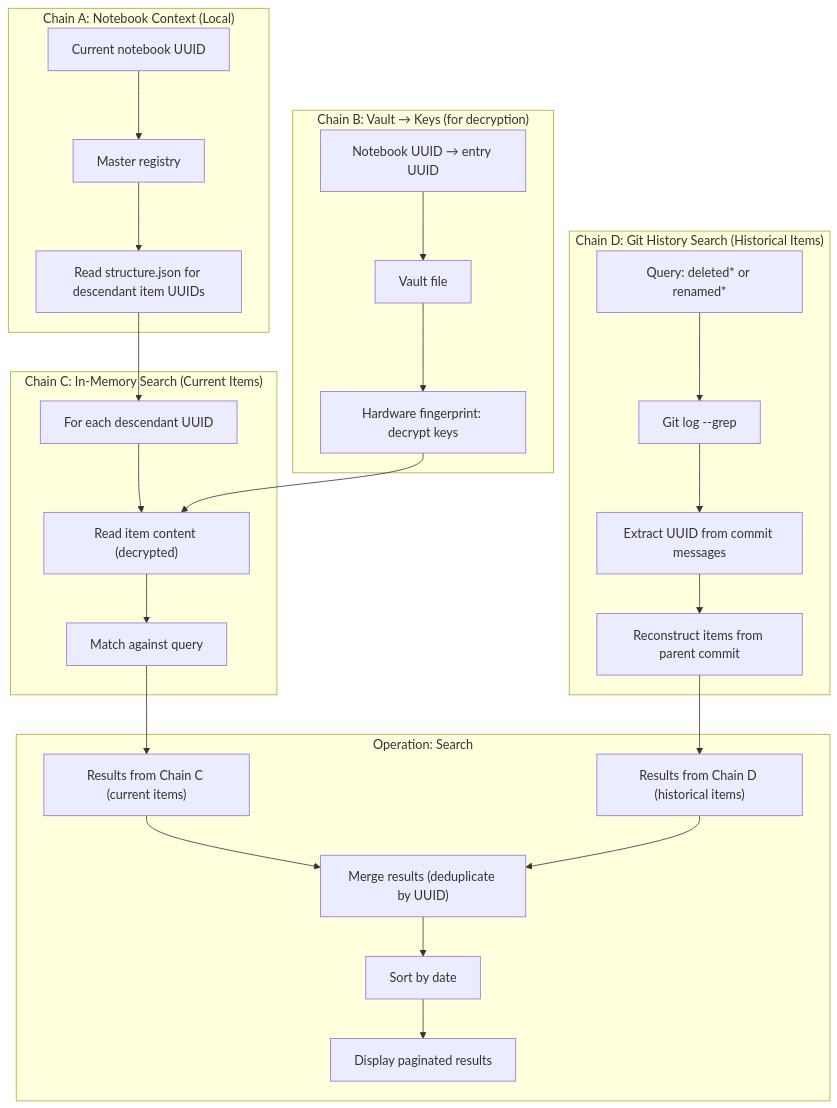
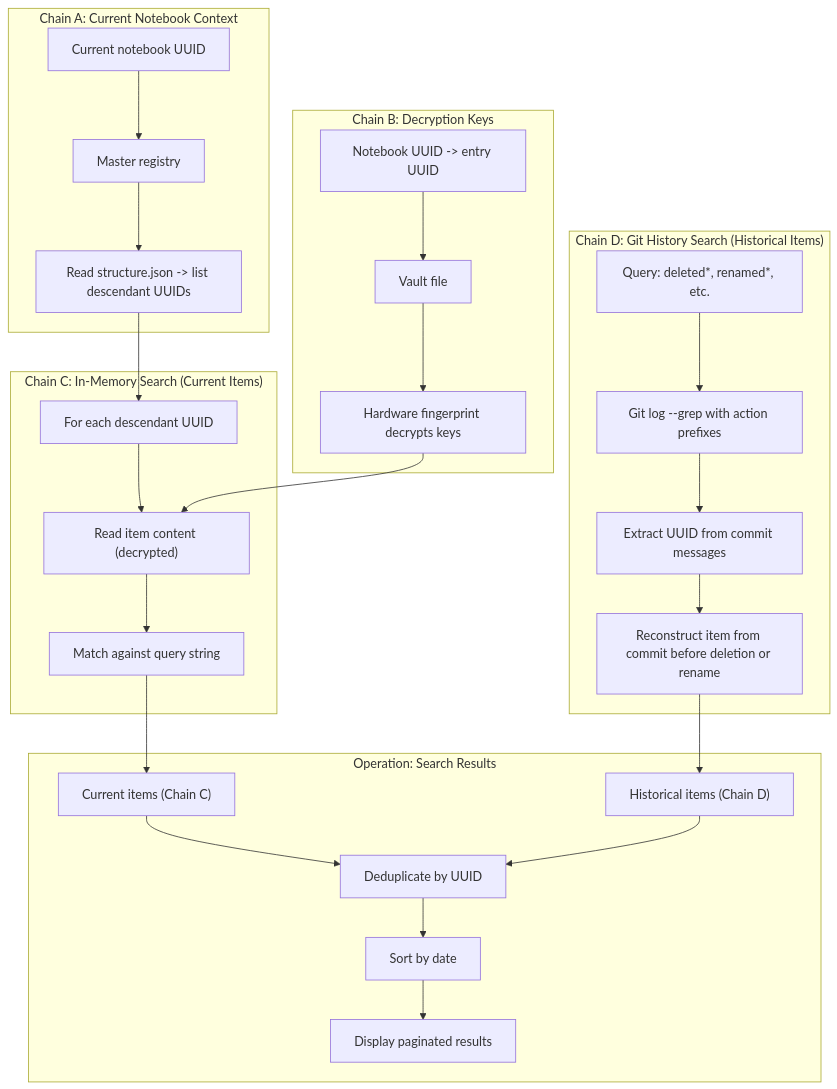
One commit to sys-ronin/rough_docu changed the fourth of 4 diagrams in UUID.md. Above: the diagram before and after it, drawn with Mermaid. The commit also changed other lines of this file, not shown here.

````diff
--- a/UUID.md
+++ b/UUID.md
@@ -193,42 +214,42 @@
 ```mermaid
 flowchart TD
-    subgraph ChainA["Chain A: Notebook Context (Local)"]
+    subgraph ChainA["Chain A: Current Notebook Context"]
         A1["Current notebook UUID"] --> A2["Master registry"]
-        A2 --> A3["Read structure.json for descendant item UUIDs"]
+        A2 --> A3["Read structure.json -> list descendant UUIDs"]
     end
 
-    subgraph ChainB["Chain B: Vault → Keys (for decryption)"]
-        B1["Notebook UUID → entry UUID"] --> B2["Vault file"]
-        B2 --> B3["Hardware fingerprint: decrypt keys"]
+    subgraph ChainB["Chain B: Decryption Keys"]
+        B1["Notebook UUID -> entry UUID"] --> B2["Vault file"]
+        B2 --> B3["Hardware fingerprint decrypts keys"]
     end
 
-    subgraph ChainC["Chain C: In‑Memory Search (Current Items)"]
+    subgraph ChainC["Chain C: In-Memory Search (Current Items)"]
         C1["For each descendant UUID"] --> C2["Read item content (decrypted)"]
-        C2 --> C3["Match against query"]
+        C2 --> C3["Match against query string"]
     end
 
     subgraph ChainD["Chain D: Git History Search (Historical Items)"]
-        D1["Query: deleted* or renamed*"] --> D2["Git log --grep"]
+        D1["Query: deleted*, renamed*, etc."] --> D2["Git log --grep with action prefixes"]
         D2 --> D3["Extract UUID from commit messages"]
-        D3 --> D4["Reconstruct items from parent commit"]
+        D3 --> D4["Reconstruct item from commit before deletion or rename"]
     end
 
-    subgraph Operation["Operation: Search"]
-        O1["Results from Chain C (current items)"]
-        O2["Results from Chain D (historical items)"]
-        O3["Merge results (deduplicate by UUID)"]
+    subgraph Operation["Operation: Search Results"]
+        O1["Current items (Chain C)"]
+        O2["Historical items (Chain D)"]
+        O3["Deduplicate by UUID"]
         O4["Sort by date"]
         O5["Display paginated results"]
     end
 
     A3 --> C1
     B3 --> C2
     C3 --> O1
 
     D4 --> O2
 
     O1 --> O3
     O2 --> O3
     O3 --> O4
     O4 --> O5
 ```
````
